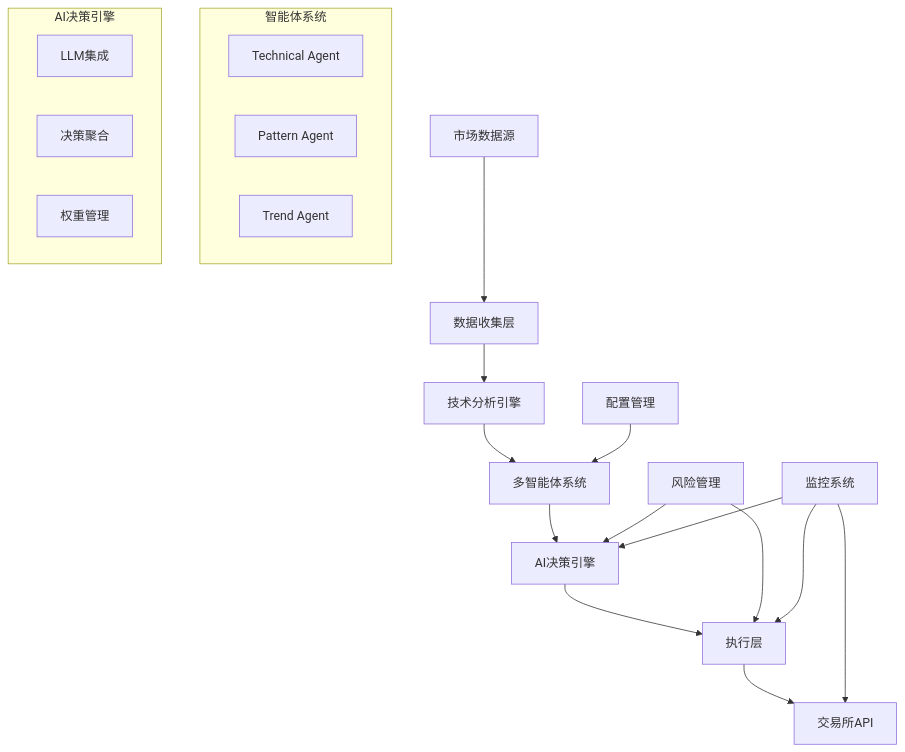
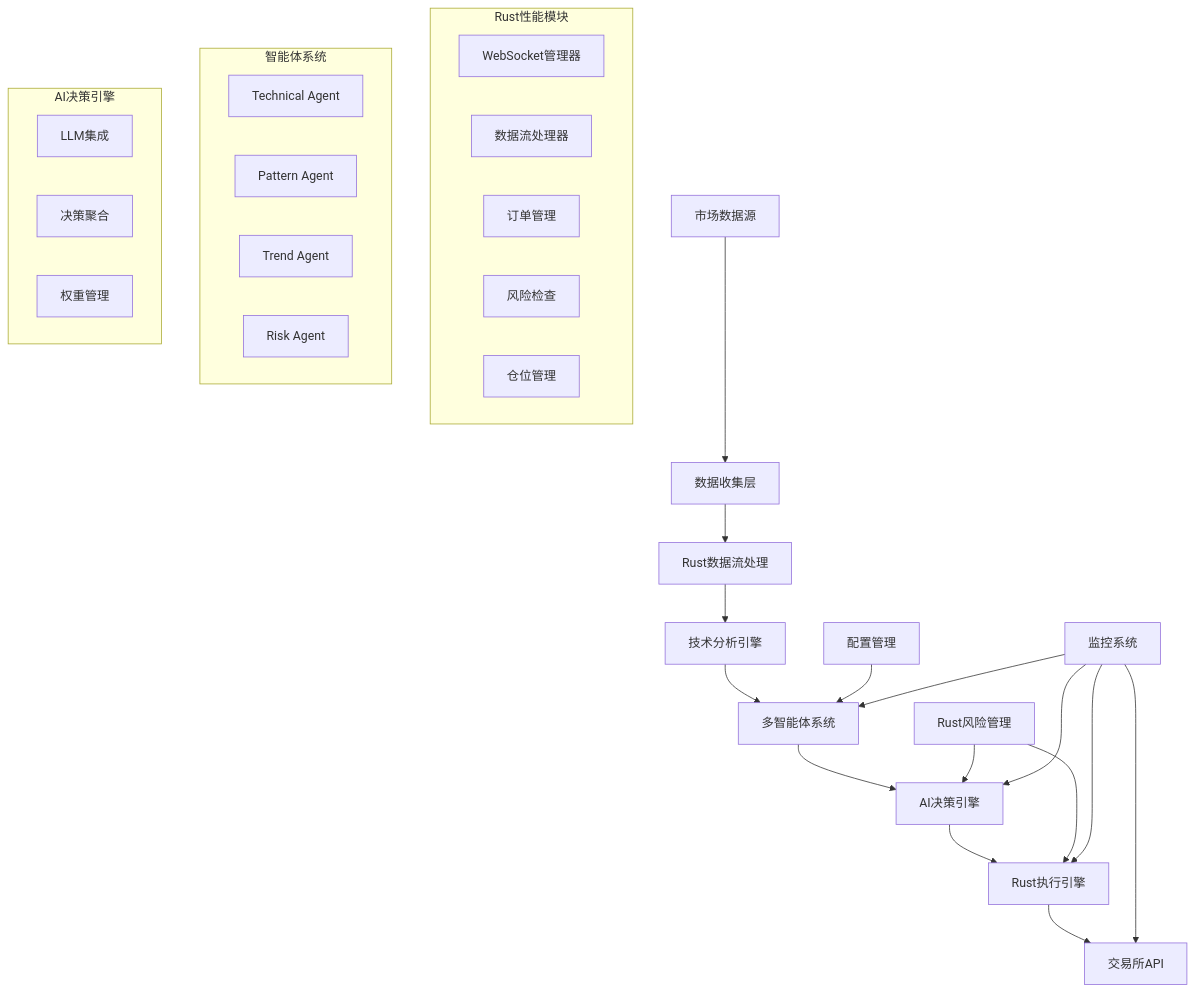
One commit to zcxGGmu/DeepAlpha changed the diagram in README.md. Above: the diagram before and after it, drawn with Mermaid. The commit also changed other lines of this file, not shown here.

````diff
--- a/README.md
+++ b/README.md
@@ -120,28 +161,39 @@
 ```mermaid
 graph TB
     A[市场数据源] --> B[数据收集层]
-    B --> C[技术分析引擎]
-    C --> D[多智能体系统]
-    D --> E[AI决策引擎]
-    E --> F[执行层]
-    F --> G[交易所API]
+    B --> C[Rust数据流处理]
+    C --> D[技术分析引擎]
+    D --> E[多智能体系统]
+    E --> F[AI决策引擎]
+    F --> G[Rust执行引擎]
+    G --> H[交易所API]
 
-    H[配置管理] --> D
-    I[风险管理] --> E
-    I --> F
-    J[监控系统] --> E
-    J --> F
+    I[配置管理] --> E
+    J[Rust风险管理] --> F
     J --> G
+    K[监控系统] --> E
+    K --> F
+    K --> G
+    K --> H
+
+    subgraph "Rust性能模块"
+        C1[WebSocket管理器]
+        C2[数据流处理器]
+        G1[订单管理]
+        G2[风险检查]
+        G3[仓位管理]
+    end
 
     subgraph "智能体系统"
-        D1[Technical Agent]
-        D2[Pattern Agent]
-        D3[Trend Agent]
+        E1[Technical Agent]
+        E2[Pattern Agent]
+        E3[Trend Agent]
+        E4[Risk Agent]
     end
 
     subgraph "AI决策引擎"
-        E1[LLM集成]
-        E2[决策聚合]
-        E3[权重管理]
+        F1[LLM集成]
+        F2[决策聚合]
+        F3[权重管理]
     end
 ```
````
